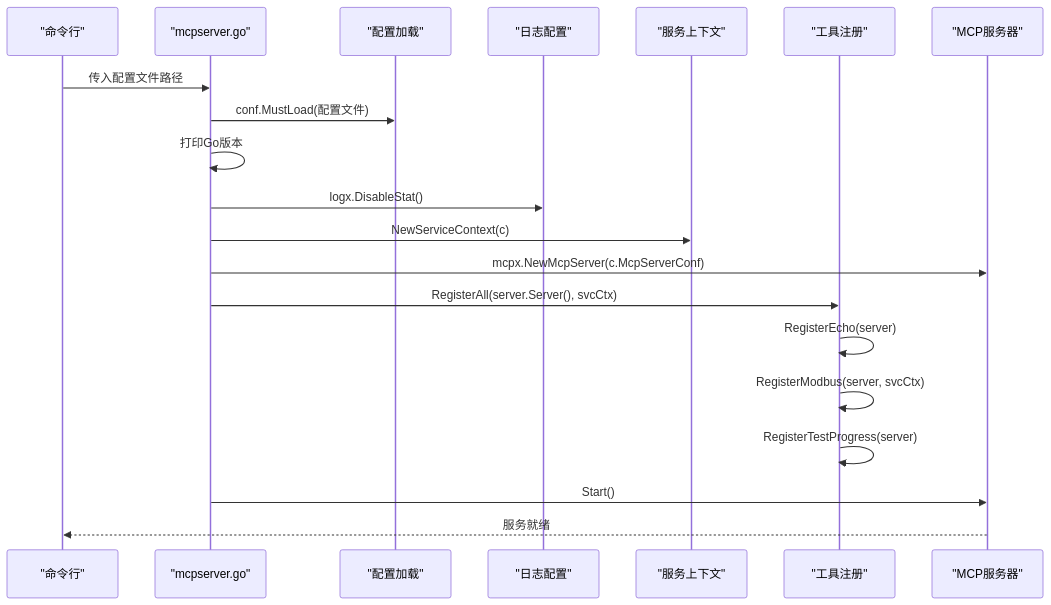
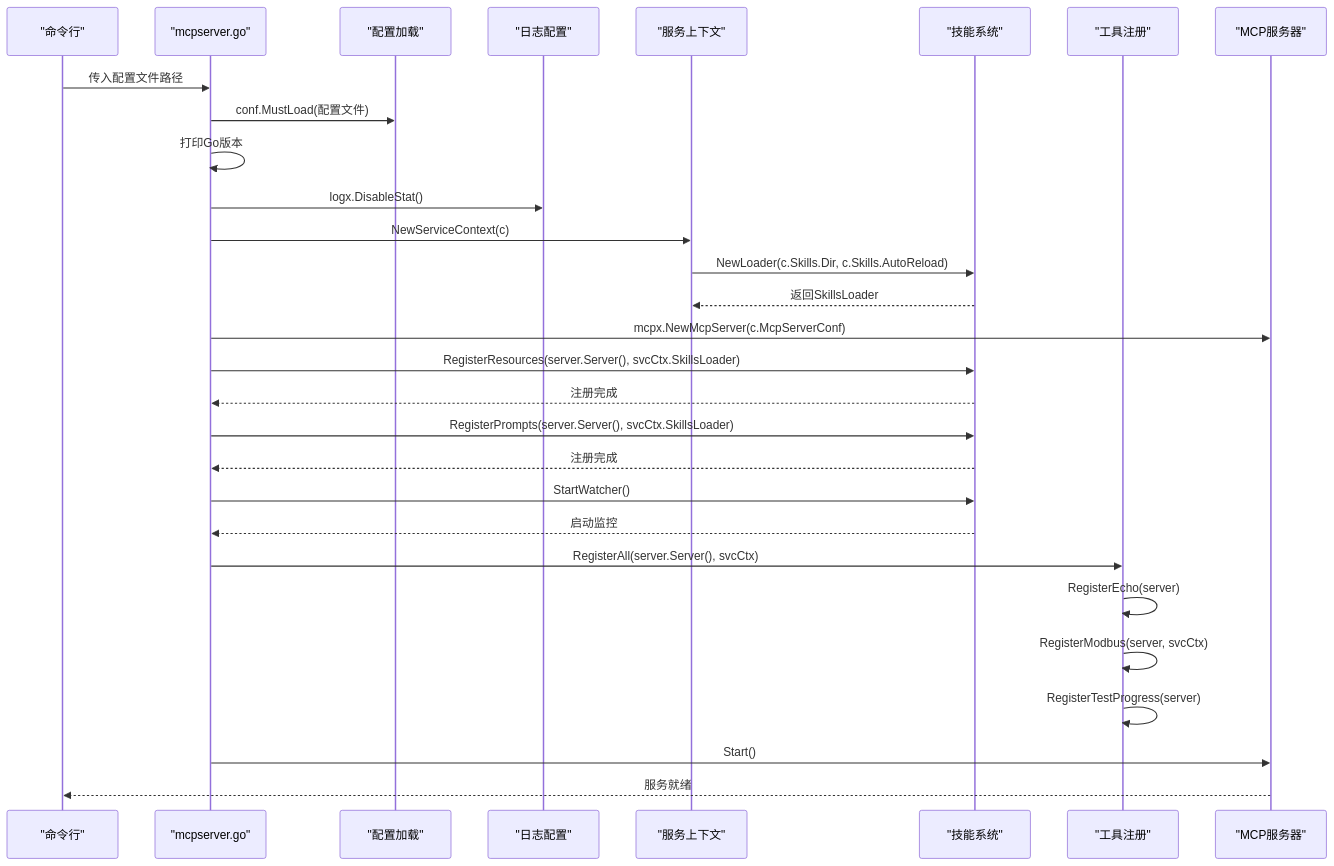
The second of 21 diagrams in .qoder/repowiki/zh/content/AI应用模块/MCP服务器.md (maomao94/zero-service), drawn with Mermaid before and after one commit. The commit also changed other lines of this file and 48 other files, not shown here.

````diff
--- a/.qoder/repowiki/zh/content/AI应用模块/MCP服务器.md
+++ b/.qoder/repowiki/zh/content/AI应用模块/MCP服务器.md
@@ -231,22 +284,31 @@
 ```mermaid
 sequenceDiagram
 participant CLI as "命令行"
 participant Main as "mcpserver.go"
 participant Conf as "配置加载"
 participant Log as "日志配置"
 participant Ctx as "服务上下文"
+participant Skills as "技能系统"
 participant Reg as "工具注册"
 participant Srv as "MCP服务器"
 CLI->>Main : 传入配置文件路径
 Main->>Conf : conf.MustLoad(配置文件)
 Main->>Main : 打印Go版本
 Main->>Log : logx.DisableStat()
 Main->>Ctx : NewServiceContext(c)
+Ctx->>Skills : NewLoader(c.Skills.Dir, c.Skills.AutoReload)
+Skills-->>Ctx : 返回SkillsLoader
 Main->>Srv : mcpx.NewMcpServer(c.McpServerConf)
+Main->>Skills : RegisterResources(server.Server(), svcCtx.SkillsLoader)
+Skills-->>Main : 注册完成
+Main->>Skills : RegisterPrompts(server.Server(), svcCtx.SkillsLoader)
+Skills-->>Main : 注册完成
+Main->>Skills : StartWatcher()
+Skills-->>Main : 启动监控
 Main->>Reg : RegisterAll(server.Server(), svcCtx)
 Reg->>Reg : RegisterEcho(server)
 Reg->>Reg : RegisterModbus(server, svcCtx)
 Reg->>Reg : RegisterTestProgress(server)
 Main->>Srv : Start()
 Srv-->>CLI : 服务就绪
 ```
````
